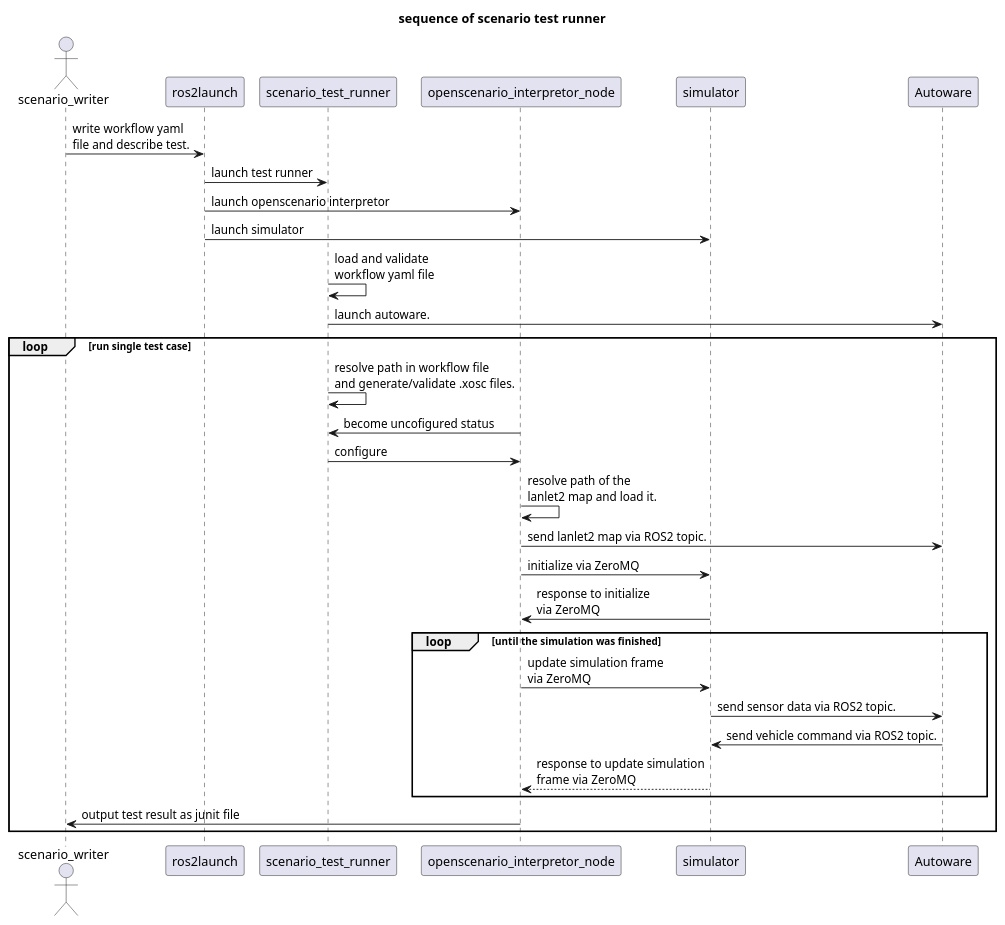
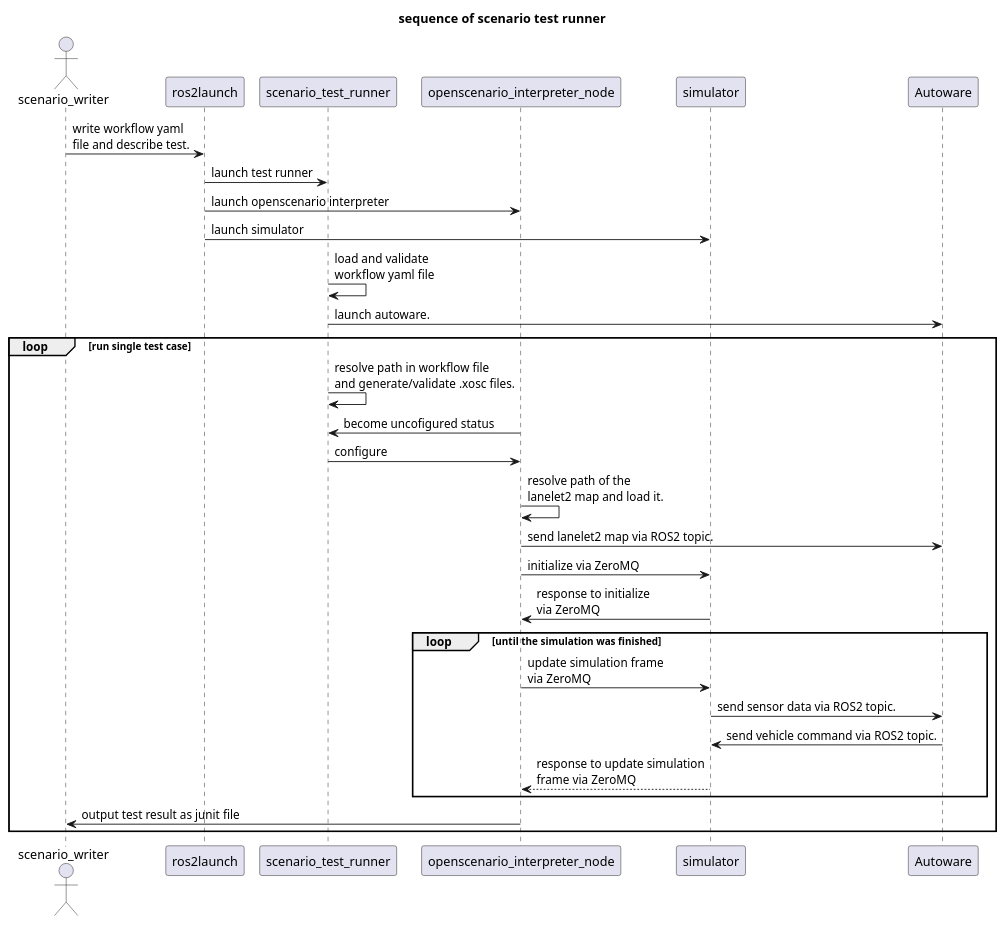
One commit to tier4/scenario_simulator_v2 changed the diagram in docs/design/uml/sequence.pu. Above: the diagram before and after it, drawn with PlantUML. The commit also changed 52 other files, not shown here.

```diff
--- a/docs/design/uml/sequence.pu
+++ b/docs/design/uml/sequence.pu
@@ -1,34 +1,34 @@
 @startuml{sequence.png}
 title sequence of scenario test runner
 
 actor scenario_writer
 
 scenario_writer -> ros2launch : write workflow yaml\nfile and describe test.
 ros2launch -> scenario_test_runner : launch test runner
-ros2launch -> openscenario_interpretor_node : launch openscenario interpretor
+ros2launch -> openscenario_interpreter_node : launch openscenario interpreter
 ros2launch -> simulator : launch simulator
 
 scenario_test_runner -> scenario_test_runner : load and validate\nworkflow yaml file
 scenario_test_runner -> Autoware : launch autoware.
 loop run single test case
     scenario_test_runner -> scenario_test_runner : resolve path in workflow file\nand generate/validate .xosc files.
 
-    openscenario_interpretor_node -> scenario_test_runner: become uncofigured status
-    scenario_test_runner -> openscenario_interpretor_node:configure
+    openscenario_interpreter_node -> scenario_test_runner: become uncofigured status
+    scenario_test_runner -> openscenario_interpreter_node:configure
 
-    openscenario_interpretor_node -> openscenario_interpretor_node: resolve path of the\nlanlet2 map and load it.
-    openscenario_interpretor_node -> Autoware : send lanlet2 map via ROS2 topic.
+    openscenario_interpreter_node -> openscenario_interpreter_node: resolve path of the\nlanelet2 map and load it.
+    openscenario_interpreter_node -> Autoware : send lanelet2 map via ROS2 topic.
 
-    openscenario_interpretor_node -> simulator: initialize via ZeroMQ
-    simulator -> openscenario_interpretor_node: response to initialize\nvia ZeroMQ
+    openscenario_interpreter_node -> simulator: initialize via ZeroMQ
+    simulator -> openscenario_interpreter_node: response to initialize\nvia ZeroMQ
 
     loop until the simulation was finished
-        openscenario_interpretor_node -> simulator: update simulation frame\nvia ZeroMQ
+        openscenario_interpreter_node -> simulator: update simulation frame\nvia ZeroMQ
         simulator -> Autoware: send sensor data via ROS2 topic.
         Autoware -> simulator: send vehicle command via ROS2 topic.
-        openscenario_interpretor_node <-- simulator: response to update simulation\nframe via ZeroMQ
+        openscenario_interpreter_node <-- simulator: response to update simulation\nframe via ZeroMQ
     end
-    openscenario_interpretor_node -> scenario_writer : output test result as junit file
+    openscenario_interpreter_node -> scenario_writer : output test result as junit file
 end
 
 @enduml
```
